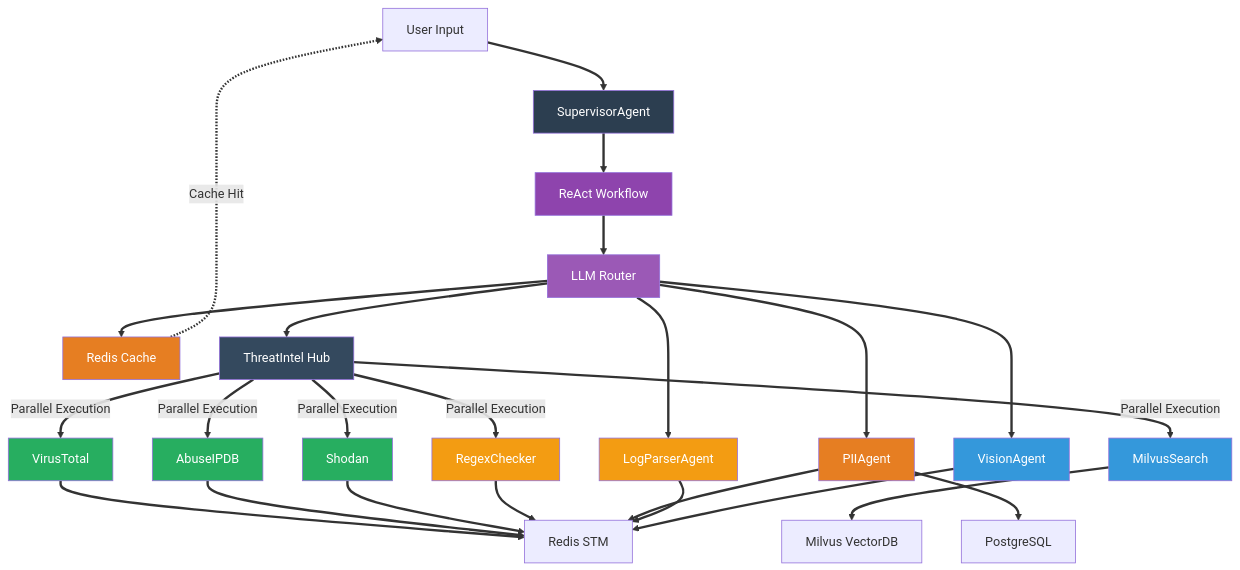
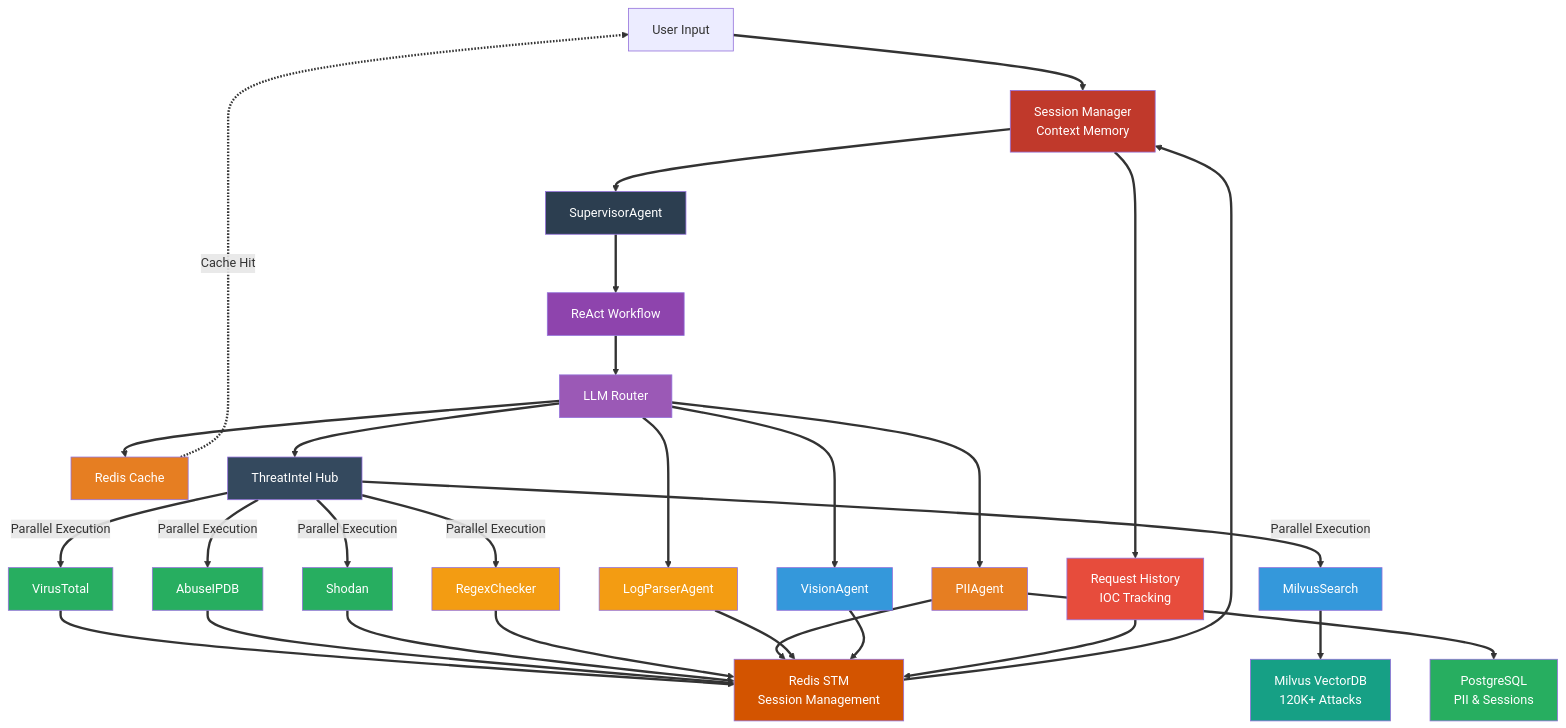
One commit to chintamanil/cybershield changed the diagram in docs/index.md. Above: the diagram before and after it, drawn with Mermaid. The commit also changed other lines of this file and 3 other files, not shown here.

First line of the commit message:
docs: Update GitHub Pages with session management and enhanced architecture

````diff
--- a/docs/index.md
+++ b/docs/index.md
@@ -63,68 +73,81 @@
 ```mermaid
 graph TD
     U1[User Input]
     A1[SupervisorAgent]
     REACT[ReAct Workflow]
     LLM[LLM Router]
     CACHE[Redis Cache]
 
     TI[ThreatIntel Hub]
     T1[VirusTotal]
     T2[AbuseIPDB]
     T3[Shodan]
     T4[MilvusSearch]
     T5[RegexChecker]
 
     A2[PIIAgent]
     A4[LogParserAgent]
     A5[VisionAgent]
 
-    M1[Redis STM]
-    V1[Milvus VectorDB]
-    DB1[PostgreSQL]
+    M1[Redis STM<br/>Session Management]
+    V1[Milvus VectorDB<br/>120K+ Attacks]
+    DB1[PostgreSQL<br/>PII & Sessions]
 
-    U1 --> A1
+    SESSION[Session Manager<br/>Context Memory]
+    HISTORY[Request History<br/>IOC Tracking]
+
+    U1 --> SESSION
+    SESSION --> A1
     A1 --> REACT
     REACT --> LLM
     LLM --> CACHE
     CACHE -.->|Cache Hit| U1
 
     LLM --> TI
     LLM --> A2
     LLM --> A4
     LLM --> A5
 
     TI -->|Parallel Execution| T1
     TI -->|Parallel Execution| T2
     TI -->|Parallel Execution| T3
     TI -->|Parallel Execution| T4
     TI -->|Parallel Execution| T5
 
     T1 --> M1
     T2 --> M1
     T3 --> M1
     T4 --> V1
     T5 --> M1
 
     A2 --> M1
     A2 --> DB1
     A4 --> M1
     A5 --> M1
 
+    SESSION --> HISTORY
+    HISTORY --> M1
+    M1 --> SESSION
+
     style A1 fill:#2c3e50, color:#ffffff
     style REACT fill:#8e44ad, color:#ffffff
     style LLM fill:#9b59b6, color:#ffffff
     style CACHE fill:#e67e22, color:#ffffff
     style TI fill:#34495e, color:#ffffff
     style T1 fill:#27ae60, color:#ffffff
     style T2 fill:#27ae60, color:#ffffff
     style T3 fill:#27ae60, color:#ffffff
     style T4 fill:#3498db, color:#ffffff
     style T5 fill:#f39c12, color:#ffffff
     style A2 fill:#e67e22, color:#ffffff
     style A4 fill:#f39c12, color:#ffffff
     style A5 fill:#3498db, color:#ffffff
+    style SESSION fill:#c0392b, color:#ffffff
+    style HISTORY fill:#e74c3c, color:#ffffff
+    style M1 fill:#d35400, color:#ffffff
+    style V1 fill:#16a085, color:#ffffff
+    style DB1 fill:#27ae60, color:#ffffff
 
     %% Darker Arrow Styling
     linkStyle default stroke:#333,stroke-width:3px
 ```
````
